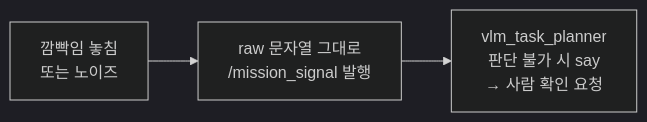
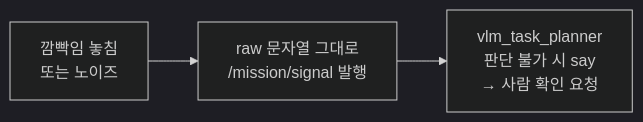
The second of 2 diagrams in documents/mission/scenario/03-phase2-signal.md (SeungHye-J/Lv2_bee_Assignment), drawn with Mermaid (dark theme) before and after one commit. The commit also changed other lines of this file and 25 other files, not shown here.

````diff
--- a/documents/mission/scenario/03-phase2-signal.md
+++ b/documents/mission/scenario/03-phase2-signal.md
@@ -72,8 +72,8 @@
 ```mermaid
 flowchart LR
     MISS["깜빡임 놓침\n또는 노이즈"]
-    RAW["raw 문자열 그대로\n/mission_signal 발행"]
+    RAW["raw 문자열 그대로\n/mission/signal 발행"]
     VLM["vlm_task_planner\n판단 불가 시 say\n→ 사람 확인 요청"]
 
     MISS --> RAW --> VLM
 ```
````
